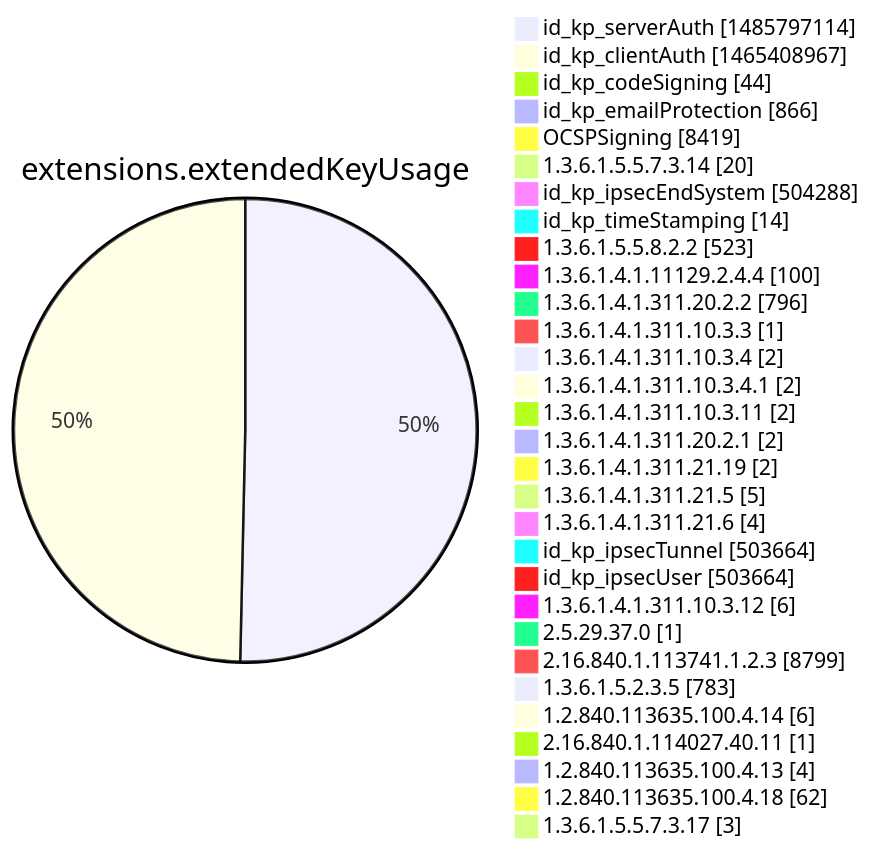
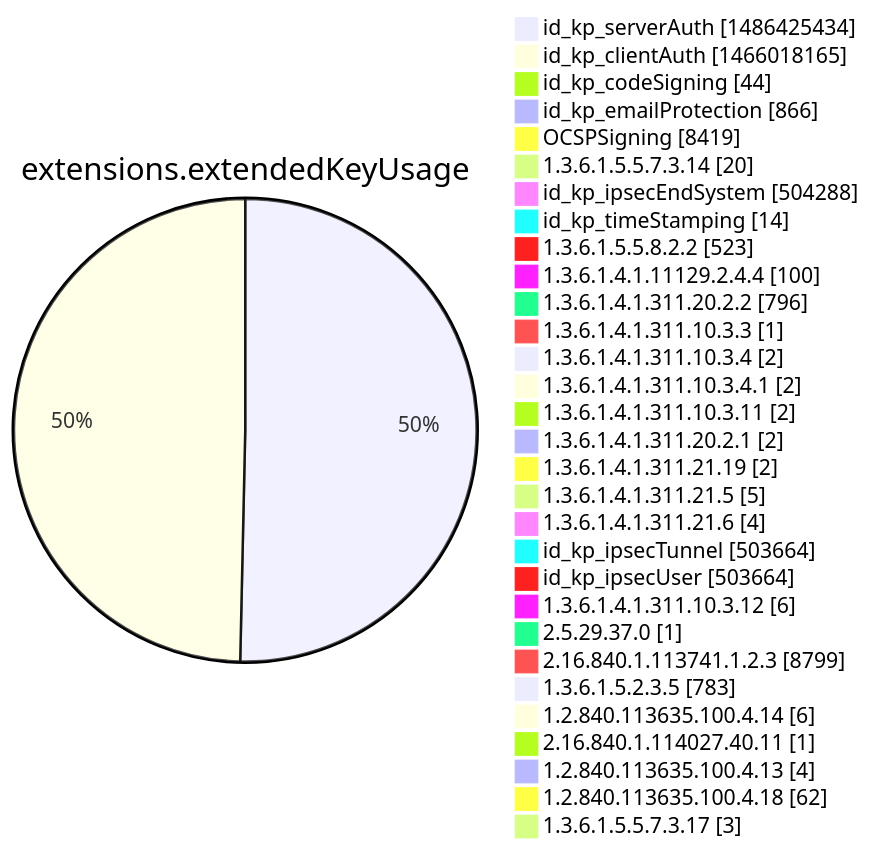
Diagram 12 of 15 in argon2022/README.md (christiankrug/ctmonitor_visualization), drawn with Mermaid before and after one commit. The commit also changed other lines of this file, not shown here.

````diff
--- a/argon2022/README.md
+++ b/argon2022/README.md
@@ -3555,34 +3555,34 @@
 ```mermaid
 pie showData
 title extensions.extendedKeyUsage
-"id_kp_serverAuth" :1485797114
-"id_kp_clientAuth" :1465408967
+"id_kp_serverAuth" :1486425434
+"id_kp_clientAuth" :1466018165
 "id_kp_codeSigning" :44
 "id_kp_emailProtection" :866
 "OCSPSigning" :8419
 "1.3.6.1.5.5.7.3.14" :20
 "id_kp_ipsecEndSystem" :504288
 "id_kp_timeStamping" :14
 "1.3.6.1.5.5.8.2.2" :523
 "1.3.6.1.4.1.11129.2.4.4" :100
 "1.3.6.1.4.1.311.20.2.2" :796
 "1.3.6.1.4.1.311.10.3.3" :1
 "1.3.6.1.4.1.311.10.3.4" :2
 "1.3.6.1.4.1.311.10.3.4.1" :2
 "1.3.6.1.4.1.311.10.3.11" :2
 "1.3.6.1.4.1.311.20.2.1" :2
 "1.3.6.1.4.1.311.21.19" :2
 "1.3.6.1.4.1.311.21.5" :5
 "1.3.6.1.4.1.311.21.6" :4
 "id_kp_ipsecTunnel" :503664
 "id_kp_ipsecUser" :503664
 "1.3.6.1.4.1.311.10.3.12" :6
 "2.5.29.37.0" :1
 "2.16.840.1.113741.1.2.3" :8799
 "1.3.6.1.5.2.3.5" :783
 "1.2.840.113635.100.4.14" :6
 "2.16.840.1.114027.40.11" :1
 "1.2.840.113635.100.4.13" :4
 "1.2.840.113635.100.4.18" :62
 "1.3.6.1.5.5.7.3.17" :3
 ```
````
